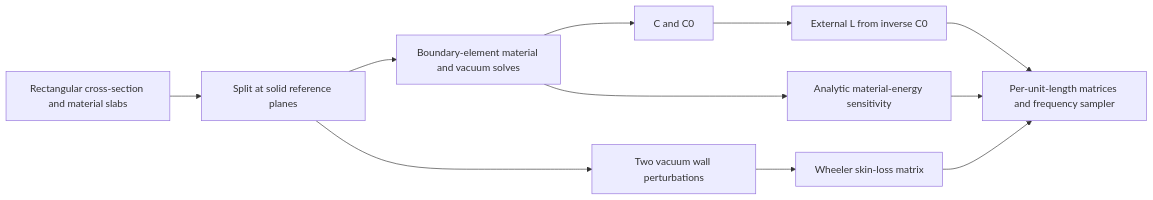
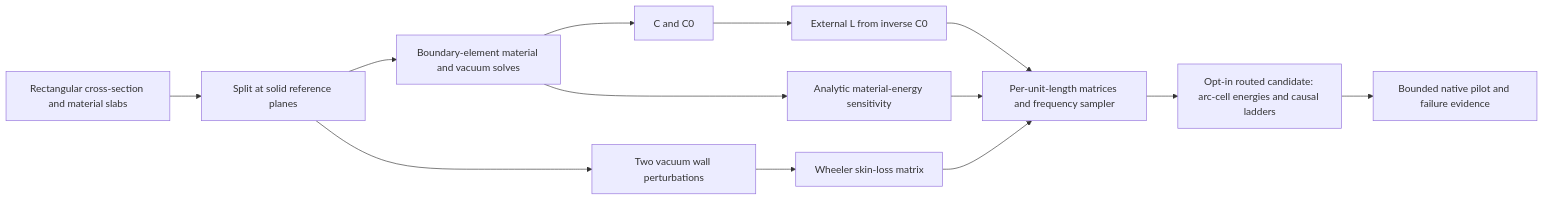
One commit to tscircuit/pcb-spice-pipeline changed the third of 3 diagrams in docs/ARCHITECTURE.md. Above: the diagram before and after it, drawn with Mermaid. The commit also changed other lines of this file and 24 other files, not shown here.

````diff
--- a/docs/ARCHITECTURE.md
+++ b/docs/ARCHITECTURE.md
@@ -88,13 +90,15 @@
 ```mermaid
 flowchart LR
   section[Rectangular cross-section and material slabs] --> regions[Split at solid reference planes]
   regions --> fields[Boundary-element material and vacuum solves]
   fields --> capacitance[C and C0]
   capacitance --> inductance[External L from inverse C0]
   fields --> dielectric[Analytic material-energy sensitivity]
   regions --> walls[Two vacuum wall perturbations]
   walls --> skin[Wheeler skin-loss matrix]
   dielectric --> result[Per-unit-length matrices and frequency sampler]
   skin --> result
   inductance --> result
+  result --> routed[Opt-in routed candidate: arc-cell energies and causal ladders]
+  routed --> pilot[Bounded native pilot and failure evidence]
 ```
````
